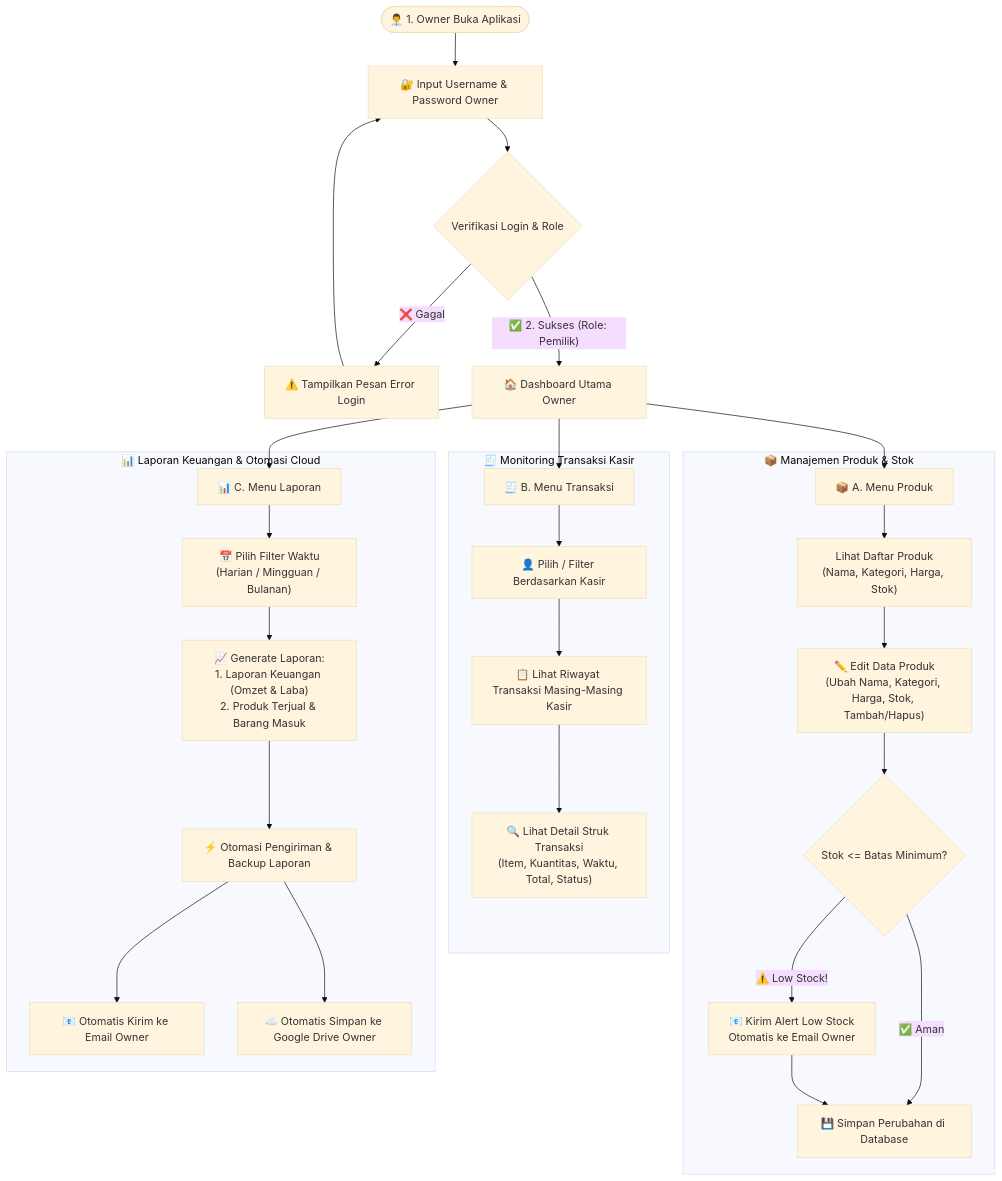
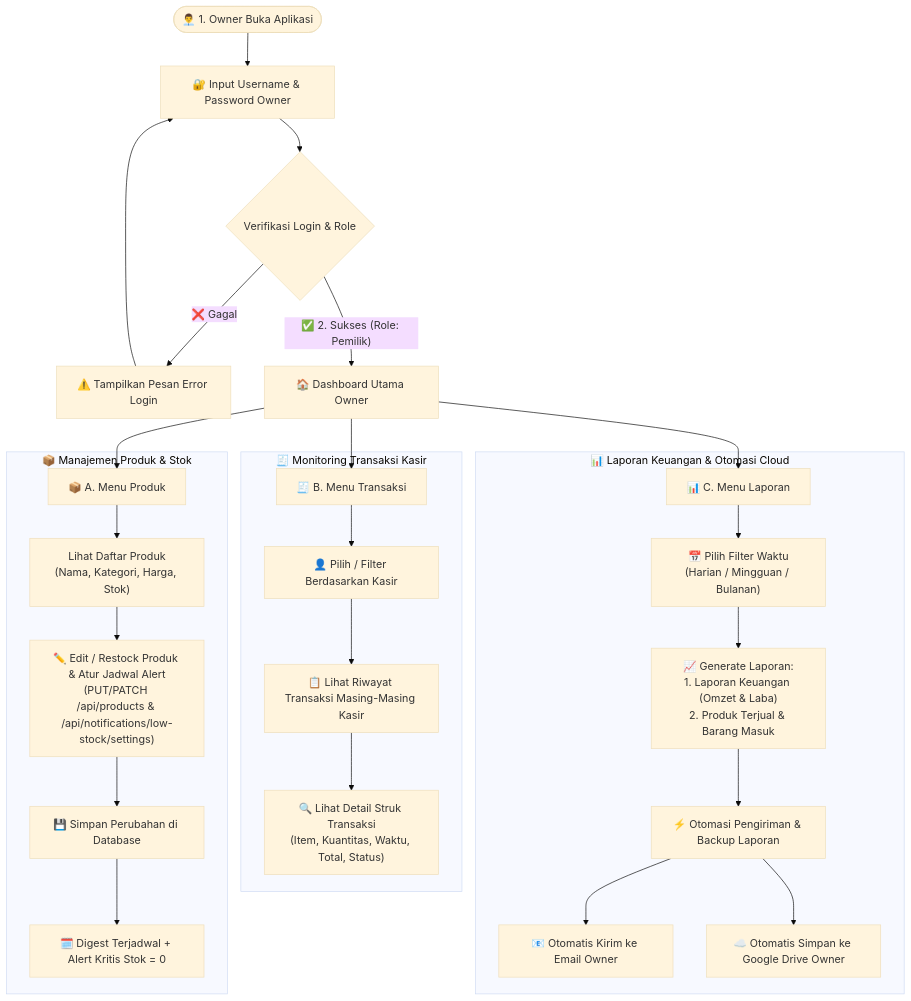
One commit to afiqchoiruzan/stockart-backend changed the third of 3 diagrams in README.md. Above: the diagram before and after it, drawn with Mermaid (base theme). The commit also changed other lines of this file and 3 other files, not shown here.

Commit message:
docs: document scheduled low-stock digest and critical alerts

````diff
--- a/README.md
+++ b/README.md
@@ -321,41 +339,39 @@
 ```mermaid
 flowchart TD
     Start(["👨‍💼 1. Owner Buka Aplikasi"]) --> Login["🔐 Input Username & Password Owner"]
     Login --> Auth{"Verifikasi Login & Role"}
 
     Auth -- "❌ Gagal" --> LoginErr["⚠️ Tampilkan Pesan Error Login"]
     LoginErr --> Login
 
     Auth -- "✅ 2. Sukses (Role: Pemilik)" --> Dashboard["🏠 Dashboard Utama Owner"]
 
     %% Cabang 3 Menu Utama di Dashboard Owner
     Dashboard --> MenuA["📦 A. Menu Produk"]
     Dashboard --> MenuB["🧾 B. Menu Transaksi"]
     Dashboard --> MenuC["📊 C. Menu Laporan"]
 
     %% Sub-alur Menu A: Produk
     subgraph SubProduk ["📦 Manajemen Produk & Stok"]
         MenuA --> ProdList["Lihat Daftar Produk<br/>(Nama, Kategori, Harga, Stok)"]
-        ProdList --> ProdEdit["✏️ Edit Data Produk<br/>(Ubah Nama, Kategori, Harga, Stok, Tambah/Hapus)"]
-        ProdEdit --> CekStok{"Stok <= Batas Minimum?"}
-        CekStok -- "✅ Aman" --> ProdSaved["💾 Simpan Perubahan di Database"]
-        CekStok -- "⚠️ Low Stock!" --> AlertEmail["📧 Kirim Alert Low Stock<br/>Otomatis ke Email Owner"]
-        AlertEmail --> ProdSaved
+        ProdList --> ProdEdit["✏️ Edit / Restock Produk & Atur Jadwal Alert<br/>(PUT/PATCH /api/products & /api/notifications/low-stock/settings)"]
+        ProdEdit --> ProdSaved["💾 Simpan Perubahan di Database"]
+        ProdSaved --> DigestSchedule["🗓️ Digest Terjadwal + Alert Kritis Stok = 0"]
     end
 
     %% Sub-alur Menu B: Transaksi
     subgraph SubTransaksi ["🧾 Monitoring Transaksi Kasir"]
         MenuB --> FilterKasir["👤 Pilih / Filter Berdasarkan Kasir"]
         FilterKasir --> RiwayatTx["📋 Lihat Riwayat Transaksi Masing-Masing Kasir"]
         RiwayatTx --> DetailTx["🔍 Lihat Detail Struk Transaksi<br/>(Item, Kuantitas, Waktu, Total, Status)"]
     end
 
     %% Sub-alur Menu C: Laporan
     subgraph SubLaporan ["📊 Laporan Keuangan & Otomasi Cloud"]
         MenuC --> FilterWaktu["📅 Pilih Filter Waktu<br/>(Harian / Mingguan / Bulanan)"]
         FilterWaktu --> JenisReport["📈 Generate Laporan:<br/>1. Laporan Keuangan (Omzet & Laba)<br/>2. Produk Terjual & Barang Masuk"]
         JenisReport --> AutoExport["⚡ Otomasi Pengiriman & Backup Laporan"]
         AutoExport --> SendEmail["📧 Otomatis Kirim ke Email Owner"]
         AutoExport --> SaveDrive["☁️ Otomatis Simpan ke Google Drive Owner"]
     end
 ```
````
